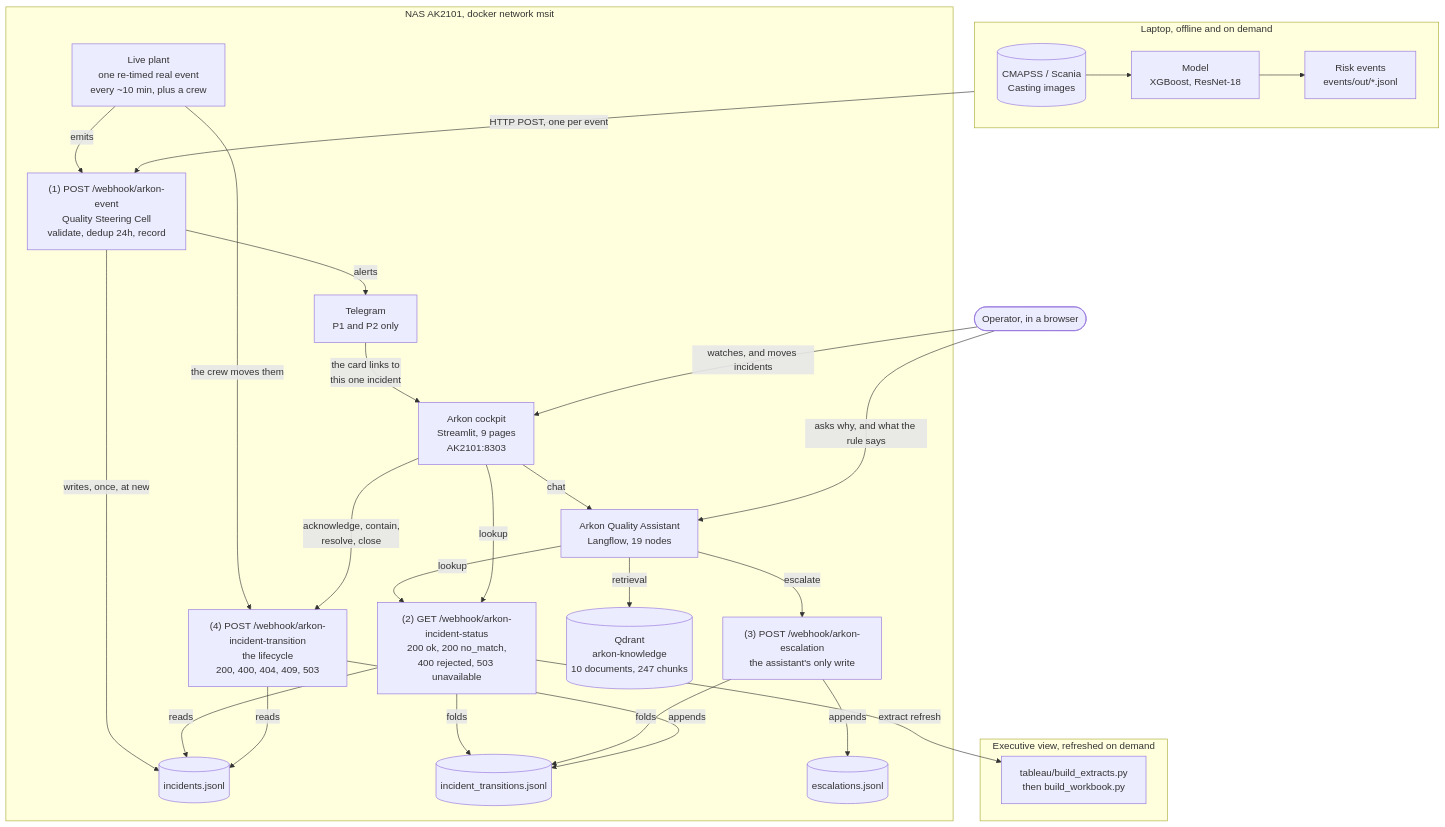
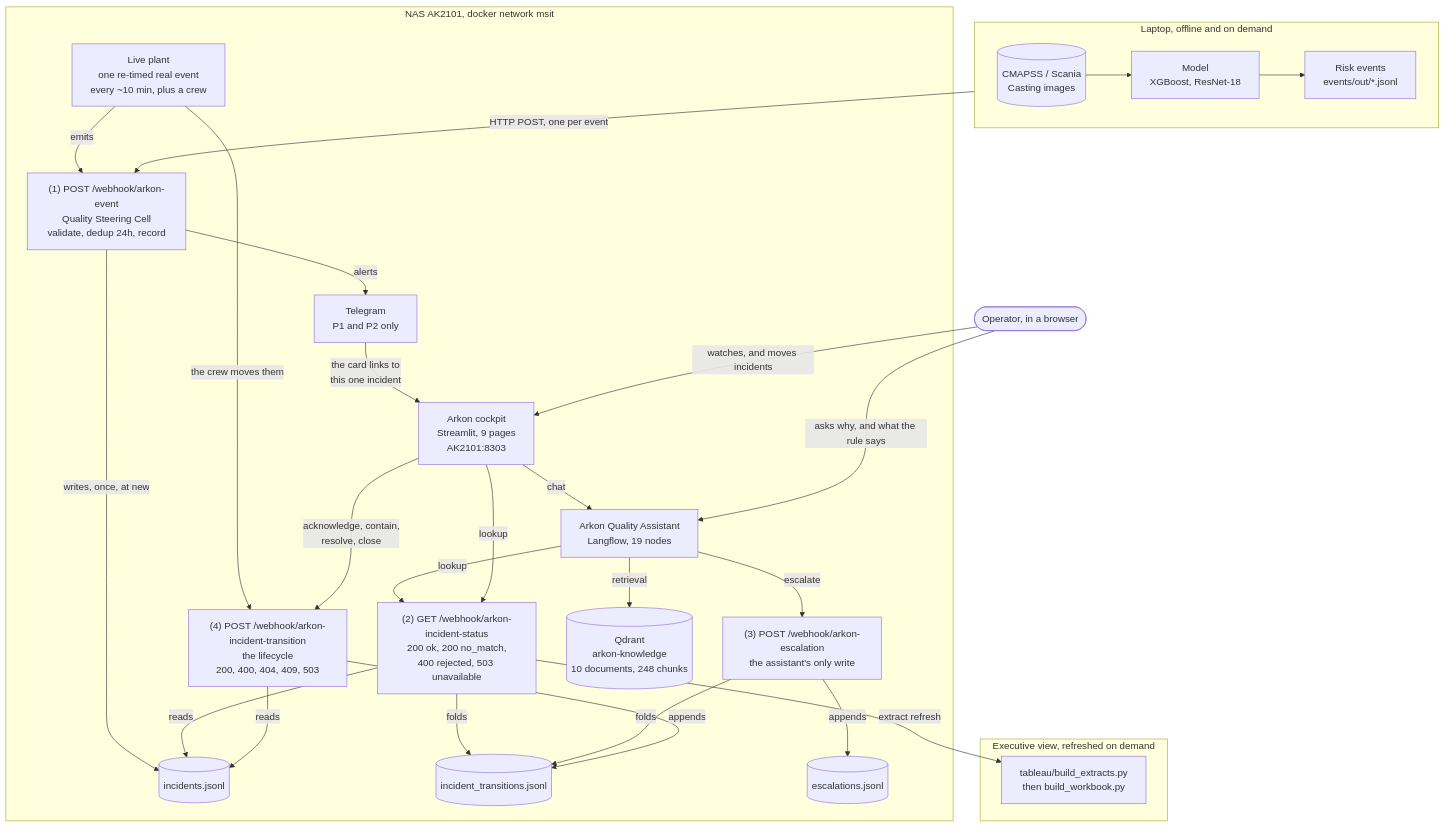
One commit to sergey-kasatov/arkon-manufacturing-ai changed the first of 2 diagrams in README.md. Above: the diagram before and after it, drawn with Mermaid. The commit also changed other lines of this file and 8 other files, not shown here.

First line of the commit message:
Deploy the queryable incident store of charter 7.5, and document it

````diff
--- a/README.md
+++ b/README.md
@@ -117,51 +117,51 @@
 ```mermaid
 flowchart TB
   subgraph LAPTOP["Laptop, offline and on demand"]
     direction LR
     DATA[("CMAPSS / Scania<br/>Casting images")] --> MODEL["Model<br/>XGBoost, ResNet-18"] --> EV["Risk events<br/>events/out/*.jsonl"]
   end
 
   OP(["Operator, in a browser"])
 
   subgraph NAS["NAS AK2101, docker network msit"]
     W1["(1) POST /webhook/arkon-event<br/>Quality Steering Cell<br/>validate, dedup 24h, record"]
     ASSIST["Arkon Quality Assistant<br/>Langflow, 19 nodes"]
     COCK["Arkon cockpit<br/>Streamlit, 9 pages<br/>AK2101:8303"]
     W2["(2) GET /webhook/arkon-incident-status<br/>200 ok, 200 no_match,<br/>400 rejected, 503 unavailable"]
     W3["(3) POST /webhook/arkon-escalation<br/>the assistant's only write"]
     W4["(4) POST /webhook/arkon-incident-transition<br/>the lifecycle<br/>200, 400, 404, 409, 503"]
     LP["Live plant<br/>one re-timed real event<br/>every ~10 min, plus a crew"]
-    QD[("Qdrant<br/>arkon-knowledge<br/>10 documents, 247 chunks")]
+    QD[("Qdrant<br/>arkon-knowledge<br/>10 documents, 248 chunks")]
     INC[("incidents.jsonl")]
     TRN[("incident_transitions.jsonl")]
     ESC[("escalations.jsonl")]
     TG["Telegram<br/>P1 and P2 only"]
 
     W1 -- alerts --> TG
     W1 -- "writes, once, at new" --> INC
     LP -- "emits" --> W1
     LP -- "the crew moves them" --> W4
     ASSIST -- retrieval --> QD
     ASSIST -- lookup --> W2
     ASSIST -- escalate --> W3
     W2 -- reads --> INC
     W2 -- "folds" --> TRN
     COCK -- lookup --> W2
     COCK -- "acknowledge, contain,<br/>resolve, close" --> W4
     COCK -- chat --> ASSIST
     W3 -- appends --> ESC
     W3 -- "folds" --> TRN
     W4 -- appends --> TRN
     W4 -- reads --> INC
   end
 
   subgraph EXEC["Executive view, refreshed on demand"]
     TAB["tableau/build_extracts.py<br/>then build_workbook.py"]
   end
 
   EV -- "HTTP POST, one per event" --> W1
   TG -- "the card links to<br/>this one incident" --> COCK
   OP -- "asks why, and what the rule says" --> ASSIST
   OP -- "watches, and moves incidents" --> COCK
   W2 -- "extract refresh" --> TAB
 ```
````
